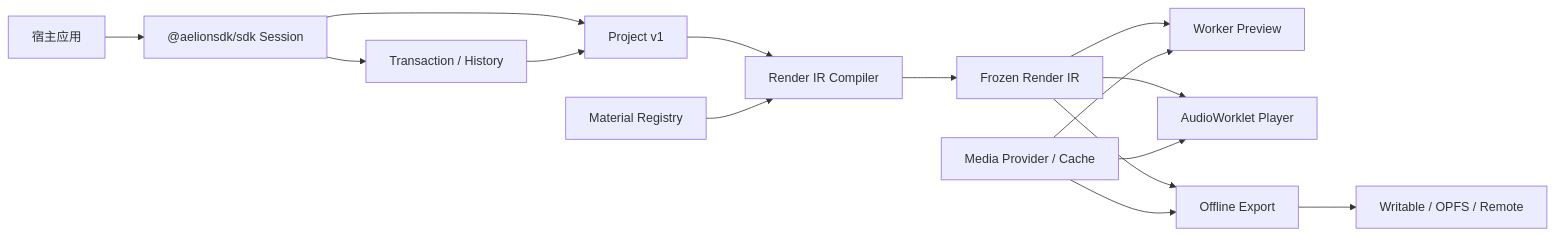
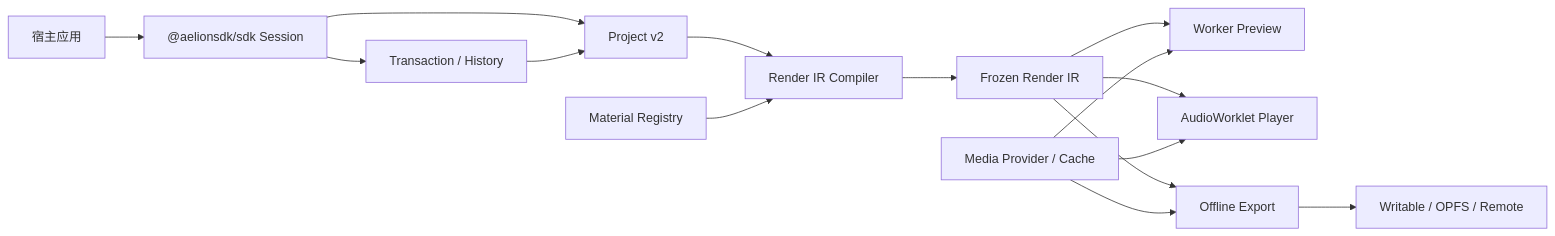
Before and after one commit to FoyonaCZY/AelionSDK: the first of 2 diagrams in apps/docs/src/content/docs/zh/concepts/architecture.md, drawn with Mermaid. The commit also changed other lines of this file and 137 other files, not shown here.

````diff
--- a/apps/docs/src/content/docs/zh/concepts/architecture.md
+++ b/apps/docs/src/content/docs/zh/concepts/architecture.md
@@ -12,17 +12,17 @@
 ```mermaid
 flowchart LR
   Host["宿主应用"] --> SDK["@aelionsdk/sdk Session"]
-  SDK --> Project["Project v1"]
+  SDK --> Project["Project v2"]
   SDK --> Tx["Transaction / History"]
   Tx --> Project
   Project --> Compiler["Render IR Compiler"]
   Materials["Material Registry"] --> Compiler
   Compiler --> IR["Frozen Render IR"]
   IR --> Preview["Worker Preview"]
   IR --> Player["AudioWorklet Player"]
   IR --> Export["Offline Export"]
   Media["Media Provider / Cache"] --> Preview
   Media --> Player
   Media --> Export
   Export --> Sink["Writable / OPFS / Remote"]
 ```
````
